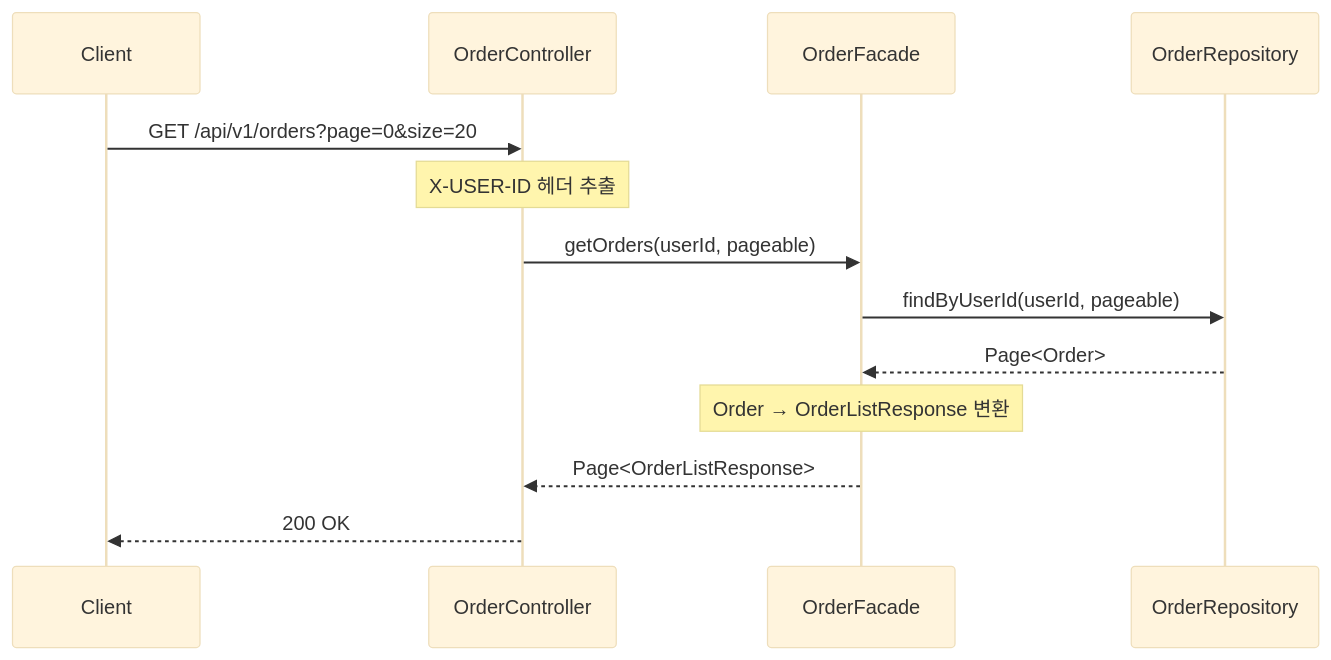
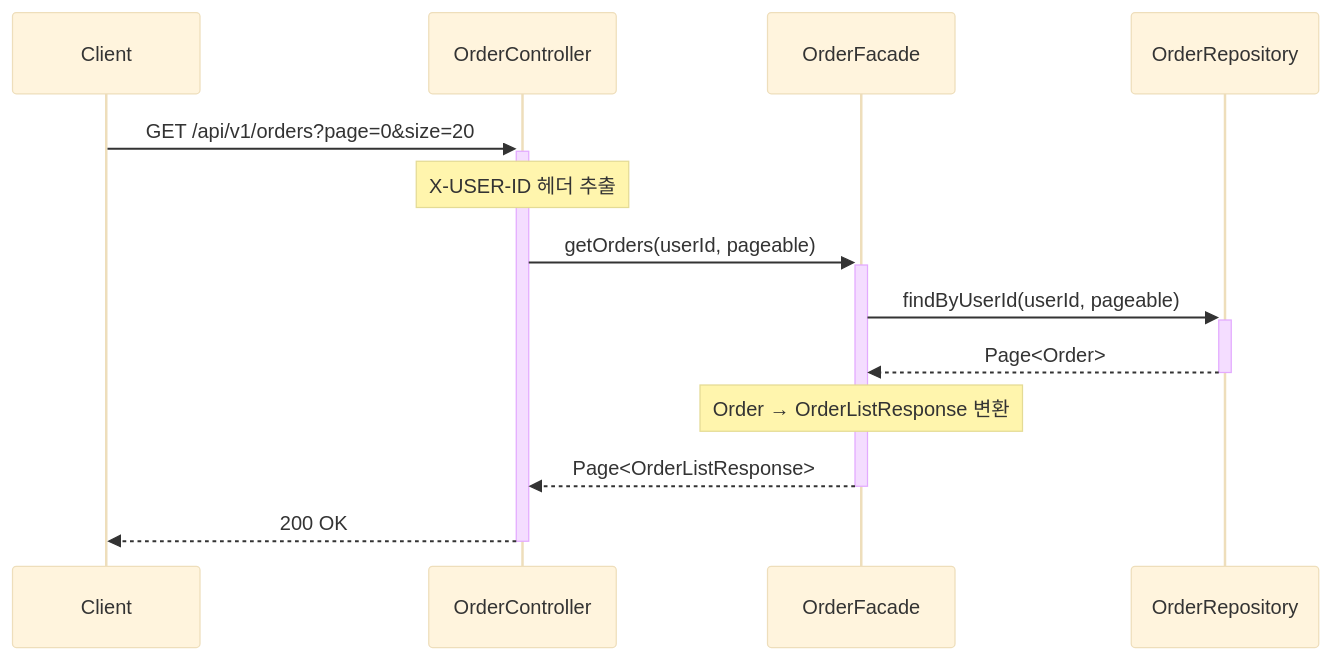
Diagram 15 of 16 in docs/week2/02-sequence-diagrams.md (Loopers-dev-lab/loopers-spring-java-template), drawn with Mermaid (base theme) before and after one commit. The commit also changed other lines of this file, not shown here.

Commit message:
docs: 시퀀스 다이어그램 activation bar 추가

````diff
--- a/docs/week2/02-sequence-diagrams.md
+++ b/docs/week2/02-sequence-diagrams.md
@@ -658,20 +657,20 @@
 ```mermaid
 sequenceDiagram
     participant Client
     participant OrderController
     participant OrderFacade
     participant OrderRepository
 
-    Client->>OrderController: GET /api/v1/orders?page=0&size=20
+    Client->>+OrderController: GET /api/v1/orders?page=0&size=20
     Note over OrderController: X-USER-ID 헤더 추출
 
-    OrderController->>OrderFacade: getOrders(userId, pageable)
+    OrderController->>+OrderFacade: getOrders(userId, pageable)
 
-    OrderFacade->>OrderRepository: findByUserId(userId, pageable)
-    OrderRepository-->>OrderFacade: Page<Order>
+    OrderFacade->>+OrderRepository: findByUserId(userId, pageable)
+    OrderRepository-->>-OrderFacade: Page<Order>
 
     Note over OrderFacade: Order → OrderListResponse 변환
 
-    OrderFacade-->>OrderController: Page<OrderListResponse>
-    OrderController-->>Client: 200 OK
+    OrderFacade-->>-OrderController: Page<OrderListResponse>
+    OrderController-->>-Client: 200 OK
 ```
````
